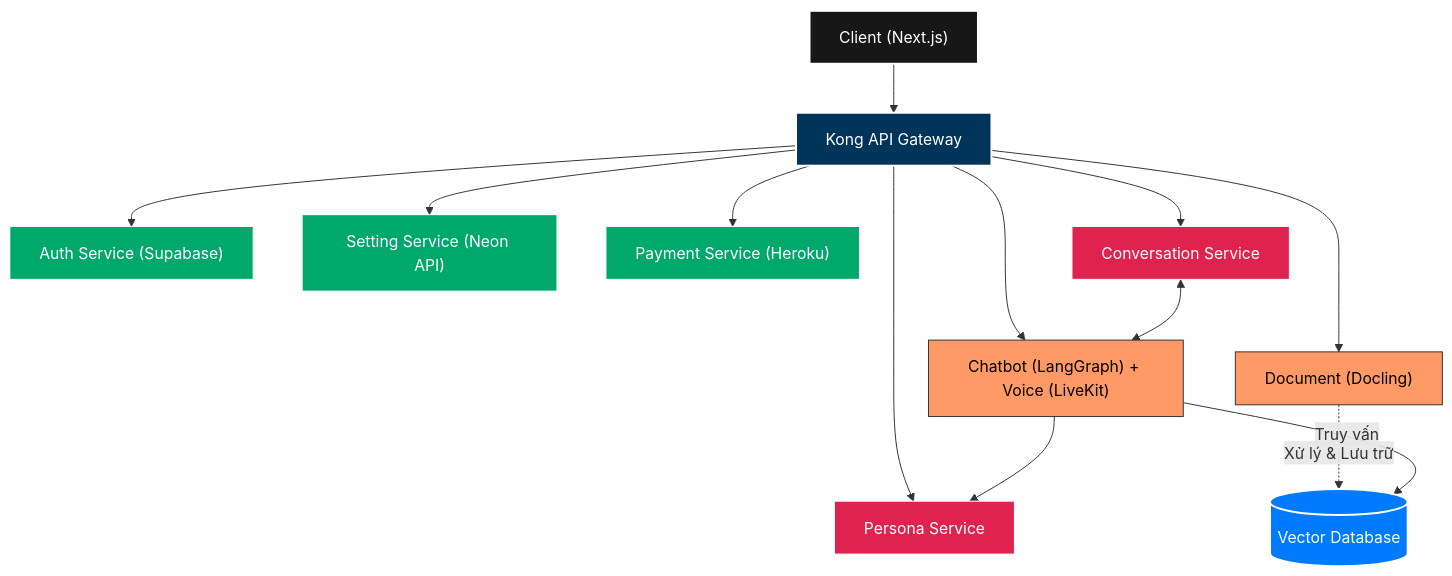
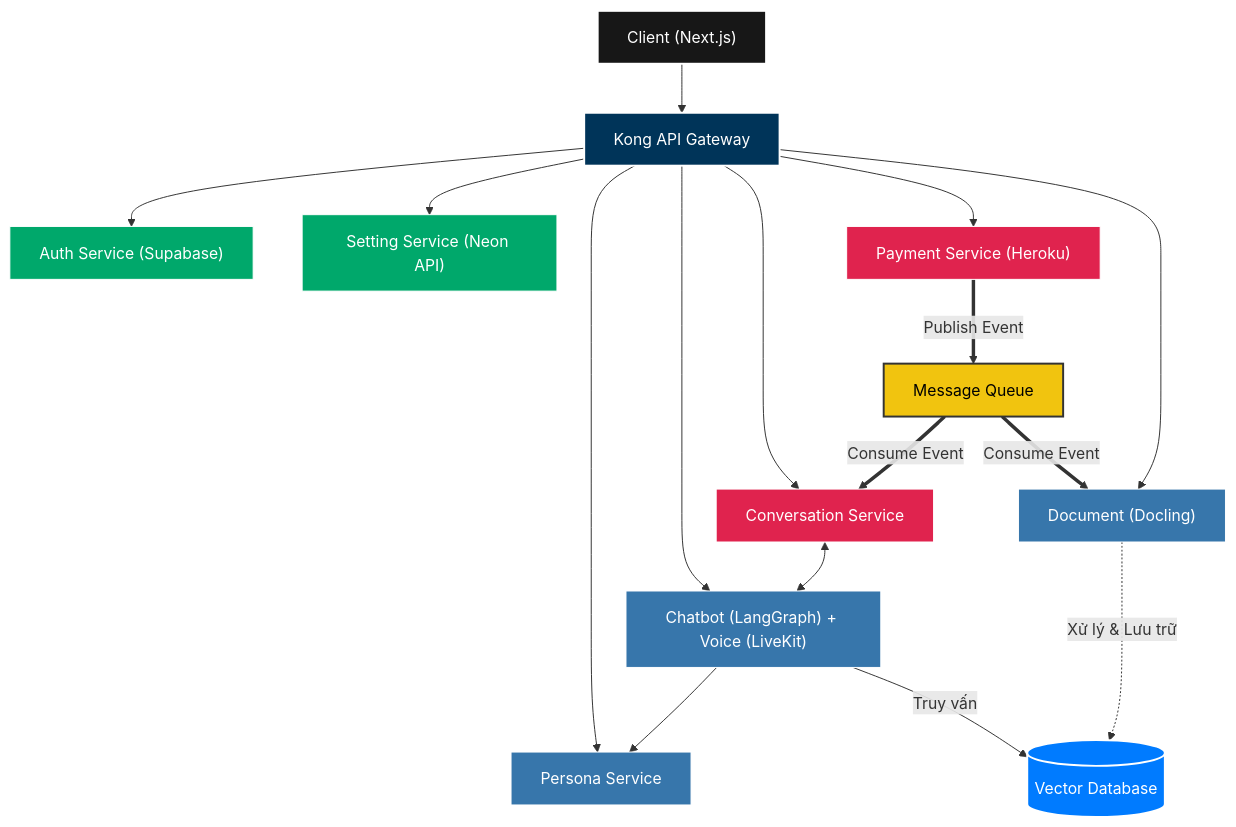
The diagram in docs/1. Tổng quan đề tài/1.2. Cơ sở lý thuyết/MSA.mmd (20206205Tech/docs-markdown), drawn with Mermaid before and after one commit. The commit also changed 1 other file, not shown here.

```diff
--- a/docs/1. Tổng quan đề tài/1.2. Cơ sở lý thuyết/MSA.mmd
+++ b/docs/1. Tổng quan đề tài/1.2. Cơ sở lý thuyết/MSA.mmd
@@ -1,48 +1,60 @@
 graph TB
     %% Định nghĩa màu sắc (Styles)
     classDef client fill:#171717,stroke:#fff,stroke-width:2px,color:#fff;
     classDef gateway fill:#003459,stroke:#fff,stroke-width:2px,color:#fff;
     classDef external_svc fill:#00a86b,stroke:#fff,stroke-width:1px,color:#fff;
     classDef internal_nest fill:#e0234e,stroke:#fff,stroke-width:1px,color:#fff;
-    classDef internal_python fill:#f96,stroke:#333,stroke-width:1px,color:#000;
+    classDef internal_python fill:#3776ab,stroke:#fff,stroke-width:1px,color:#fff;
     classDef vector_db fill:#007BFF,stroke:#fff,stroke-width:2px,color:#fff;
+    classDef mq fill:#f1c40f,stroke:#333,stroke-width:2px,color:#000;
 
     %% Các thành phần đầu vào
     Client["Client (Next.js)"]:::client
     Kong["Kong API Gateway"]:::gateway
 
     %% Các dịch vụ bên ngoài (External Services / Cloud)
     Auth["Auth Service (Supabase)"]:::external_svc
     Setting["Setting Service (Neon API)"]:::external_svc
-    Payment["Payment Service (Heroku)"]:::external_svc
+    Payment["Payment Service (Heroku)"]:::internal_nest
+
+    %% Message Broker
+    MQ["Message Queue"]:::mq
 
     %% Các dịch vụ nội bộ NestJS
     Conv["Conversation Service"]:::internal_nest
-    Persona["Persona Service"]:::internal_nest
+    Persona["Persona Service"]:::internal_python
 
     %% Các dịch vụ nội bộ Python
     Chatbot["Chatbot (LangGraph) + Voice (LiveKit)"]:::internal_python
     Doc["Document (Docling)"]:::internal_python
 
     %% Cơ sở dữ liệu
     VectorDB[("Vector Database")]:::vector_db
 
     %% Luồng giao tiếp Client - Gateway
     Client --> Kong
 
     %% Luồng điều hướng từ Gateway
     Kong --> Auth
     Kong --> Setting
     Kong --> Payment
     Kong --> Conv
     Kong --> Persona
     Kong --> Chatbot
-    Kong --> Doc
 
     %% Giao tiếp giữa các dịch vụ nội bộ
     Conv <--> Chatbot
     Chatbot --> Persona
 
     %% Logic xử lý tài liệu mới (Vector Database)
+    Chatbot -->|Truy vấn| VectorDB
     Doc -.->|Xử lý & Lưu trữ| VectorDB
-    Chatbot -->|Truy vấn| VectorDB
+
+    %% Luồng Event-Driven qua Message Queue
+    Payment == Publish Event ==> MQ
+    MQ == Consume Event ==> Conv
+    MQ == Consume Event ==> Doc
+
+
+
+    Kong --> Doc
```
